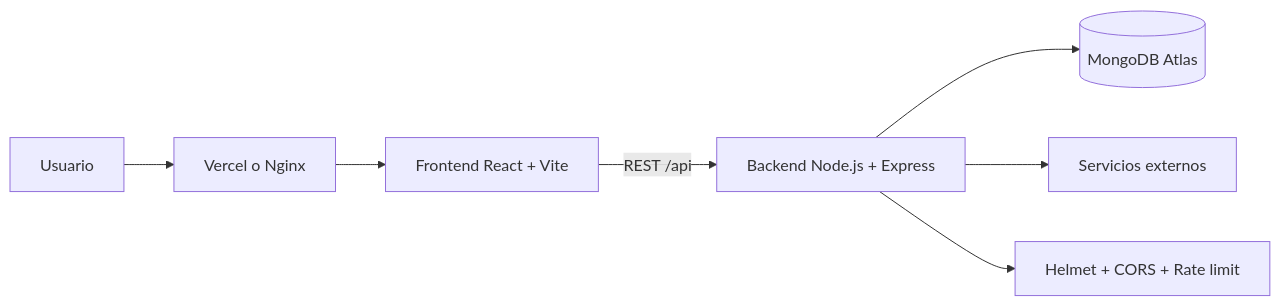
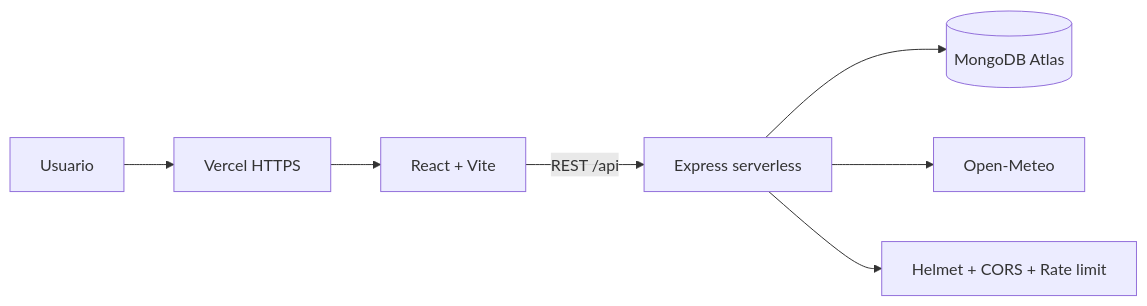
The diagram in REQUERIMIENTOS.md (Rappu10/freightbd-dashboard), drawn with Mermaid before and after one commit. The commit also changed other lines of this file and 4 other files, not shown here.

````diff
--- a/REQUERIMIENTOS.md
+++ b/REQUERIMIENTOS.md
@@ -51,9 +18,9 @@
 ```mermaid
 flowchart LR
-  U[Usuario] --> V[Vercel o Nginx]
-  V --> F[Frontend React + Vite]
-  F -->|REST /api| B[Backend Node.js + Express]
-  B --> S[(MongoDB Atlas)]
-  B --> E[Servicios externos]
-  B --> H[Helmet + CORS + Rate limit]
+  U[Usuario] --> V[Vercel HTTPS]
+  V --> F[React + Vite]
+  F -->|REST /api| A[Express serverless]
+  A --> D[(MongoDB Atlas)]
+  A --> W[Open-Meteo]
+  A --> S[Helmet + CORS + Rate limit]
 ```
````
